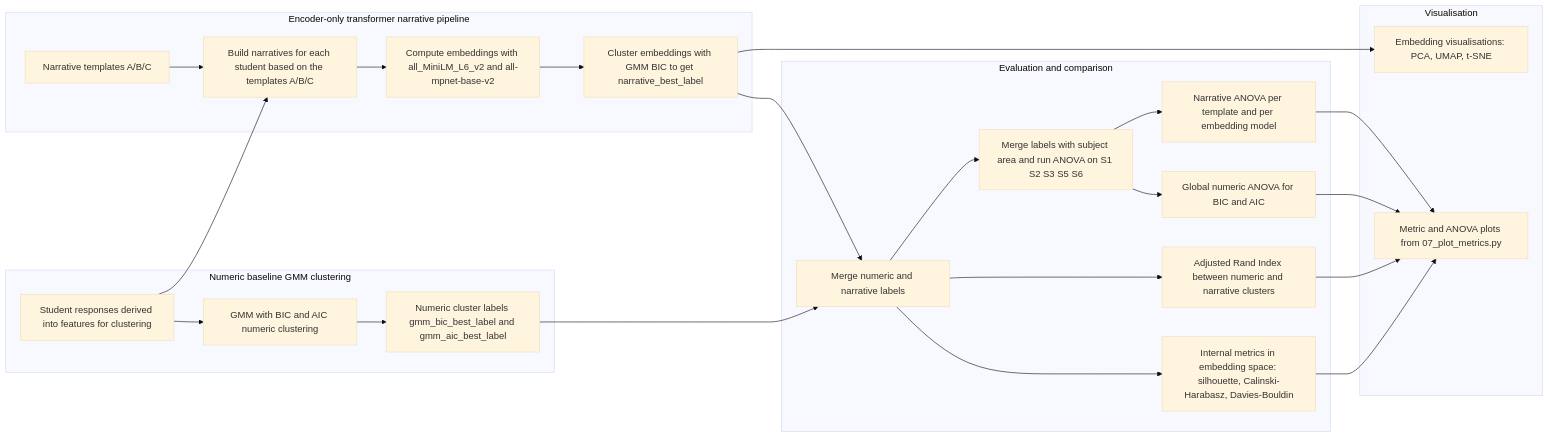
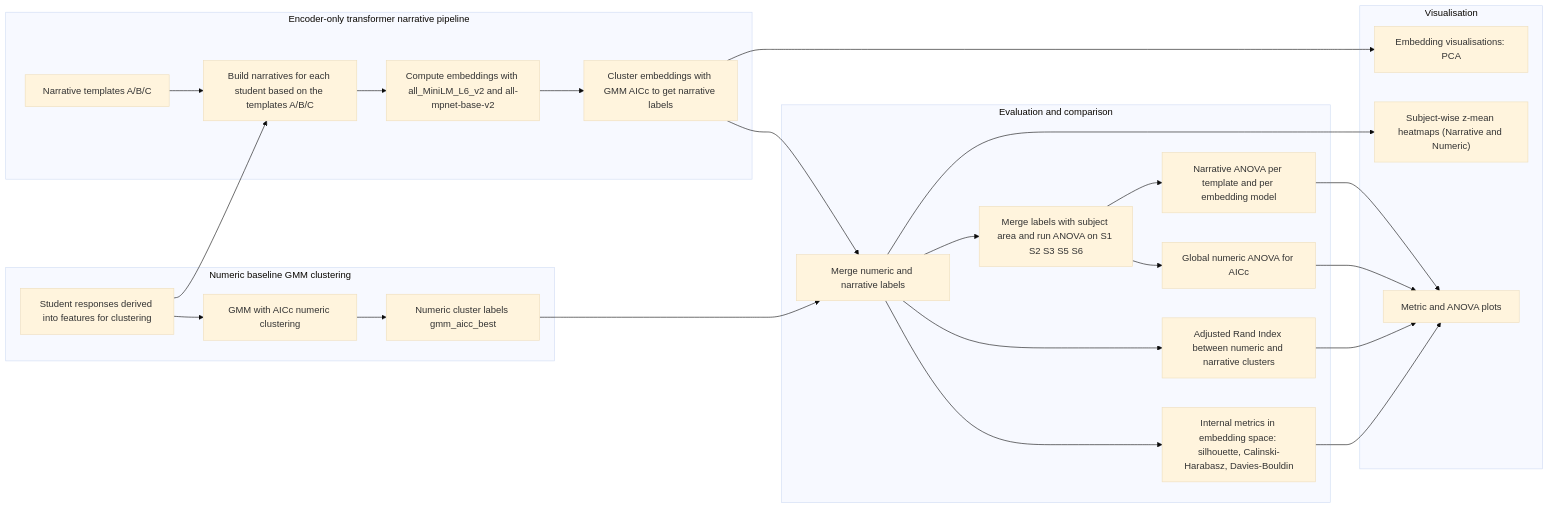
Before and after one commit to Princeadhi123/Study-2-PhD: the diagram in narrative_embedding_clustering/architecture flow.md, drawn with Mermaid (base theme). The commit also changed 1 other file, not shown here.

Commit message:
added changes

````diff
--- a/narrative_embedding_clustering/architecture flow.md
+++ b/narrative_embedding_clustering/architecture flow.md
@@ -3,46 +3,48 @@
 ```mermaid
 flowchart LR
   subgraph N["Numeric baseline GMM clustering"]
     N1["Student responses derived into features for clustering"]
-    N2["GMM with BIC and AIC numeric clustering"]
-    N3["Numeric cluster labels gmm_bic_best_label and gmm_aic_best_label"]
+    N2["GMM with AICc numeric clustering"]
+    N3["Numeric cluster labels gmm_aicc_best"]
   end
 
   subgraph L["Encoder-only transformer narrative pipeline"]
     L1["Narrative templates A/B/C"]
     L2["Build narratives for each student based on the templates A/B/C"]
     L3["Compute embeddings with all_MiniLM_L6_v2 and all-mpnet-base-v2"]
-    L4["Cluster embeddings with GMM BIC to get narrative_best_label"]
+    L4["Cluster embeddings with GMM AICc to get narrative labels"]
   end
 
   subgraph E["Evaluation and comparison"]
     E1["Merge numeric and narrative labels"]
     E2["Internal metrics in embedding space: silhouette, Calinski-Harabasz, Davies-Bouldin"]
     E3["Adjusted Rand Index between numeric and narrative clusters"]
     E4["Merge labels with subject area and run ANOVA on S1 S2 S3 S5 S6"]
-    E4a["Global numeric ANOVA for BIC and AIC"]
+    E4a["Global numeric ANOVA for AICc"]
     E4b["Narrative ANOVA per template and per embedding model"]
   end
 
   subgraph V["Visualisation"]
-    V1["Embedding visualisations: PCA, UMAP, t-SNE"]
-    P1["Metric and ANOVA plots from 07_plot_metrics.py"]
+    V1["Embedding visualisations: PCA"]
+    V2["Subject-wise z-mean heatmaps (Narrative and Numeric)"]
+    P1["Metric and ANOVA plots"]
   end
 
   N1 --> N2
   N2 --> N3
   N1 --> L2
   L1 --> L2 --> L3 --> L4
   N3 --> E1
   L4 --> E1
   E1 --> E2
   E1 --> E3
   E1 --> E4
   E4 --> E4a
   E4 --> E4b
   L4 --> V1
+  E1 --> V2
   E2 --> P1
   E3 --> P1
   E4a --> P1
   E4b --> P1
 ```
````
